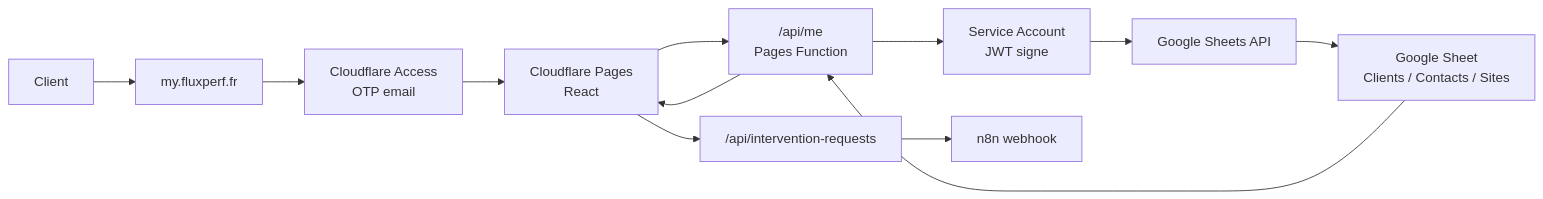
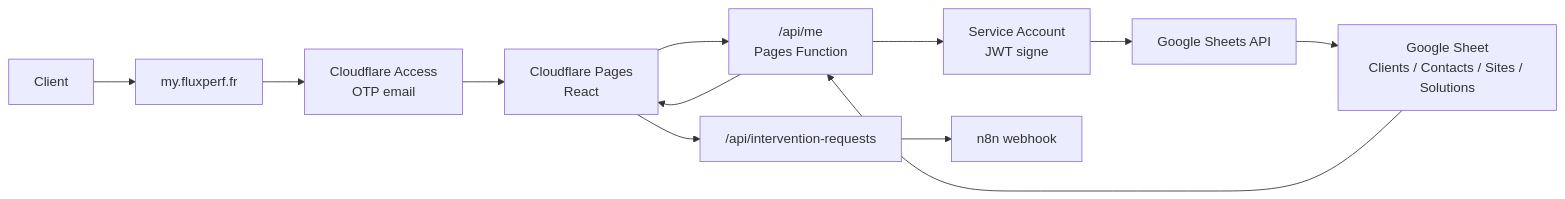
Before and after one commit to EXEDIGIT/my.fluxperf.fr: the diagram in docs/architecture-my-fluxperf.md, drawn with Mermaid. The commit also changed other lines of this file and 18 other files, not shown here.

````diff
--- a/docs/architecture-my-fluxperf.md
+++ b/docs/architecture-my-fluxperf.md
@@ -50,14 +50,14 @@
 ```mermaid
 flowchart LR
   U["Client"] --> D["my.fluxperf.fr"]
   D --> A["Cloudflare Access<br/>OTP email"]
   A --> P["Cloudflare Pages<br/>React"]
   P --> API["/api/me<br/>Pages Function"]
   API --> SA["Service Account<br/>JWT signe"]
   SA --> GS["Google Sheets API"]
-  GS --> DB["Google Sheet<br/>Clients / Contacts / Sites"]
+  GS --> DB["Google Sheet<br/>Clients / Contacts / Sites / Solutions"]
   DB --> API
   API --> P
   P --> REQ["/api/intervention-requests"]
   REQ --> N8N["n8n webhook"]
 ```
````
